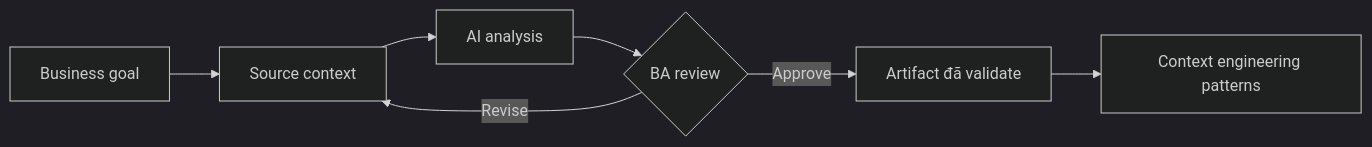
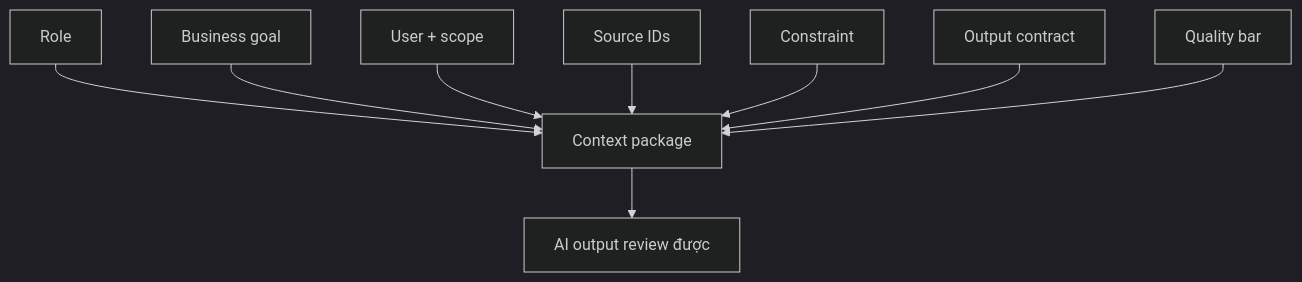
Before and after one commit to anhtnt90dev/ai-for-ba: the diagram in docs/vi/lessons/context-engineering-patterns/index.md, drawn with Mermaid (dark theme). The commit also changed other lines of this file and 64 other files, not shown here.

````diff
--- a/docs/vi/lessons/context-engineering-patterns/index.md
+++ b/docs/vi/lessons/context-engineering-patterns/index.md
@@ -39,9 +38,11 @@
 ```mermaid
-flowchart LR
-    A["Business goal"] --> B["Source context"]
-    B --> C["AI analysis"]
-    C --> D{"BA review"}
-    D -->|"Revise"| B
-    D -->|"Approve"| E["Artifact đã validate"]
-    E --> F["Context engineering patterns"]
+flowchart TD
+    A["Role"] --> H["Context package"]
+    B["Business goal"] --> H
+    C["User + scope"] --> H
+    D["Source IDs"] --> H
+    E["Constraint"] --> H
+    F["Output contract"] --> H
+    G["Quality bar"] --> H
+    H --> I["AI output review được"]
 ```
````
